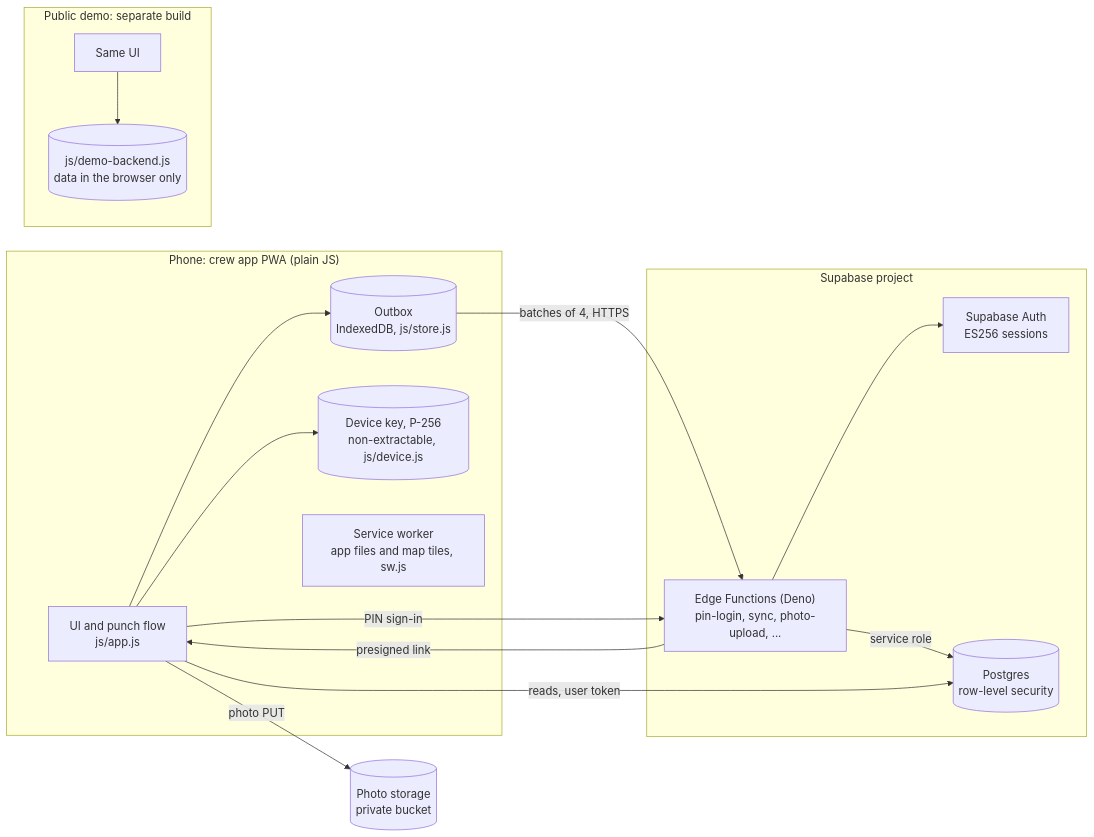
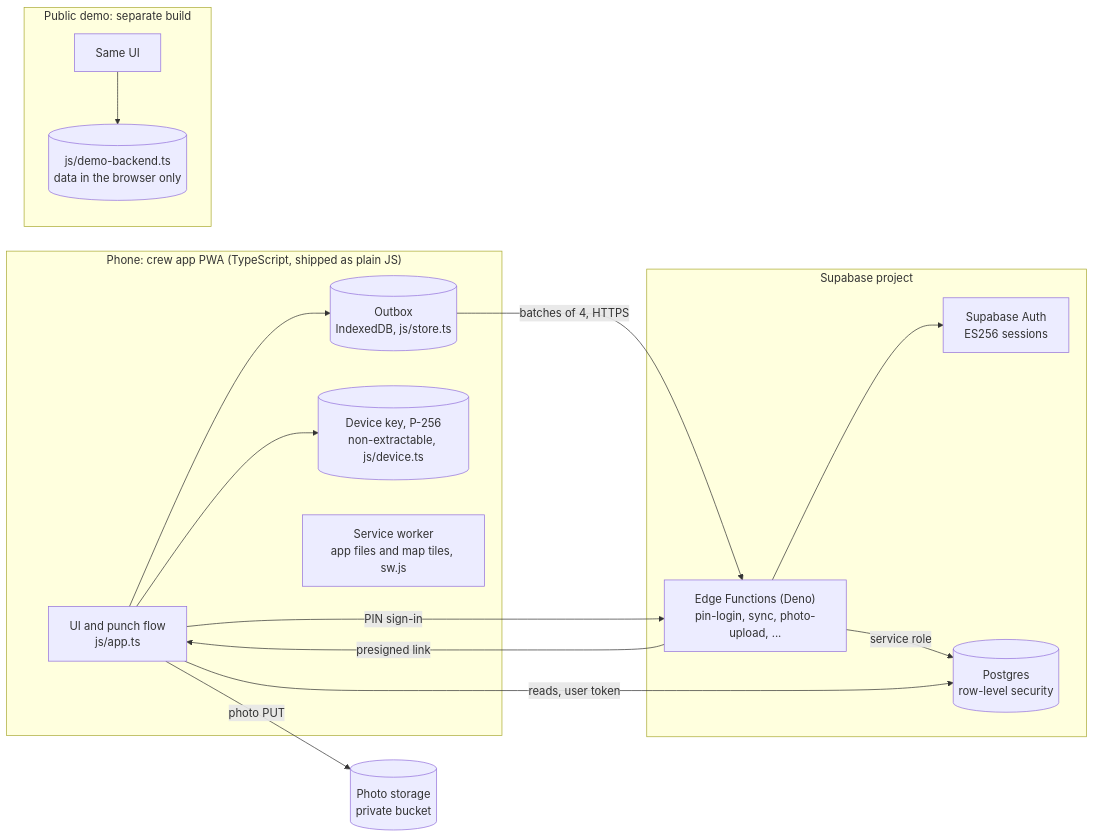
Before and after one commit to holroydchase-afk/crew-clock: the diagram in docs/DESIGN.md, drawn with Mermaid. The commit also changed other lines of this file and 63 other files, not shown here.

First line of the commit message:
TS-2: app code in strict TypeScript, emitted js committed (M0.4)

````diff
--- a/docs/DESIGN.md
+++ b/docs/DESIGN.md
@@ -40,29 +40,29 @@
 ```mermaid
 flowchart LR
-  subgraph Phone["Phone: crew app PWA (plain JS)"]
-    UI["UI and punch flow<br/>js/app.js"]
-    OB[("Outbox<br/>IndexedDB, js/store.js")]
-    KEY[("Device key, P-256<br/>non-extractable, js/device.js")]
+  subgraph Phone["Phone: crew app PWA (TypeScript, shipped as plain JS)"]
+    UI["UI and punch flow<br/>js/app.ts"]
+    OB[("Outbox<br/>IndexedDB, js/store.ts")]
+    KEY[("Device key, P-256<br/>non-extractable, js/device.ts")]
     SW["Service worker<br/>app files and map tiles, sw.js"]
     UI --> KEY
     UI --> OB
   end
   subgraph Server["Supabase project"]
     AUTH["Supabase Auth<br/>ES256 sessions"]
     EF["Edge Functions (Deno)<br/>pin-login, sync, photo-upload, ..."]
     DB[("Postgres<br/>row-level security")]
   end
   B2[("Photo storage<br/>private bucket")]
   subgraph Demo["Public demo: separate build"]
     DUI["Same UI"]
-    DBE[("js/demo-backend.js<br/>data in the browser only")]
+    DBE[("js/demo-backend.ts<br/>data in the browser only")]
     DUI --> DBE
   end
   OB -- "batches of 4, HTTPS" --> EF
   UI -- "PIN sign-in" --> EF
   EF --> AUTH
   EF -- "service role" --> DB
   UI -- "reads, user token" --> DB
   EF -- "presigned link" --> UI
   UI -- "photo PUT" --> B2
 ```
````
